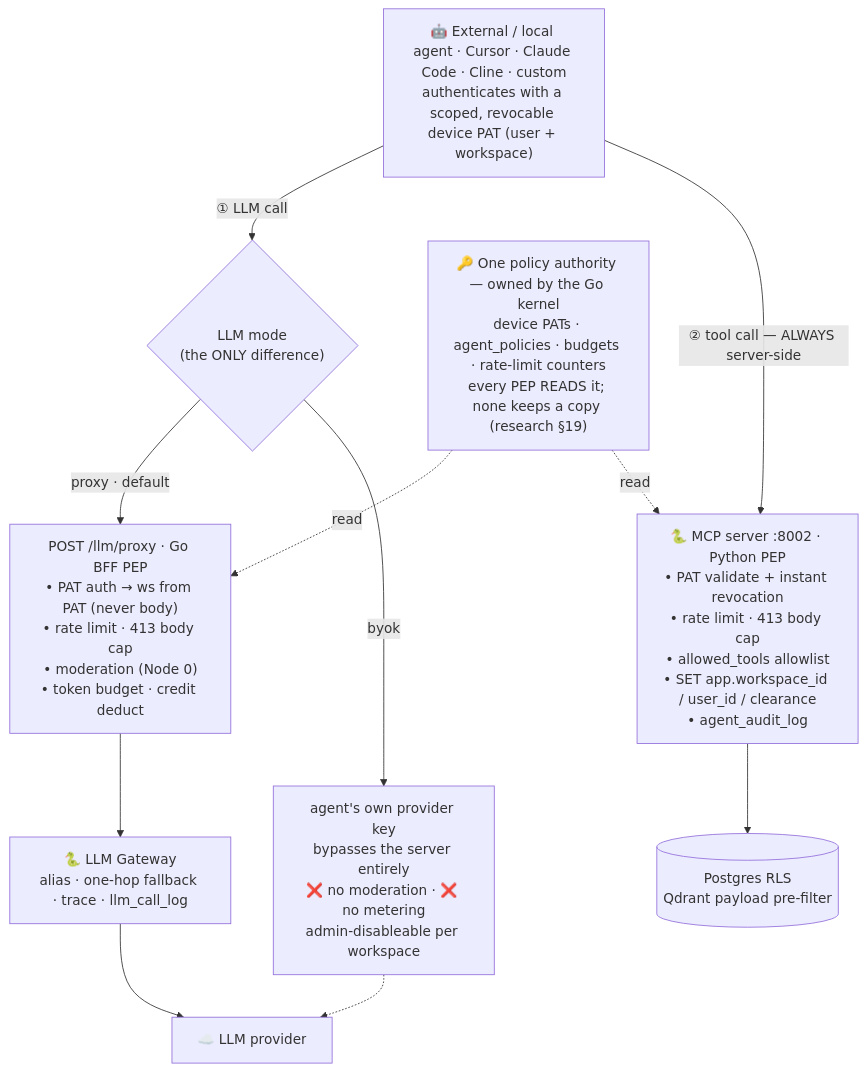
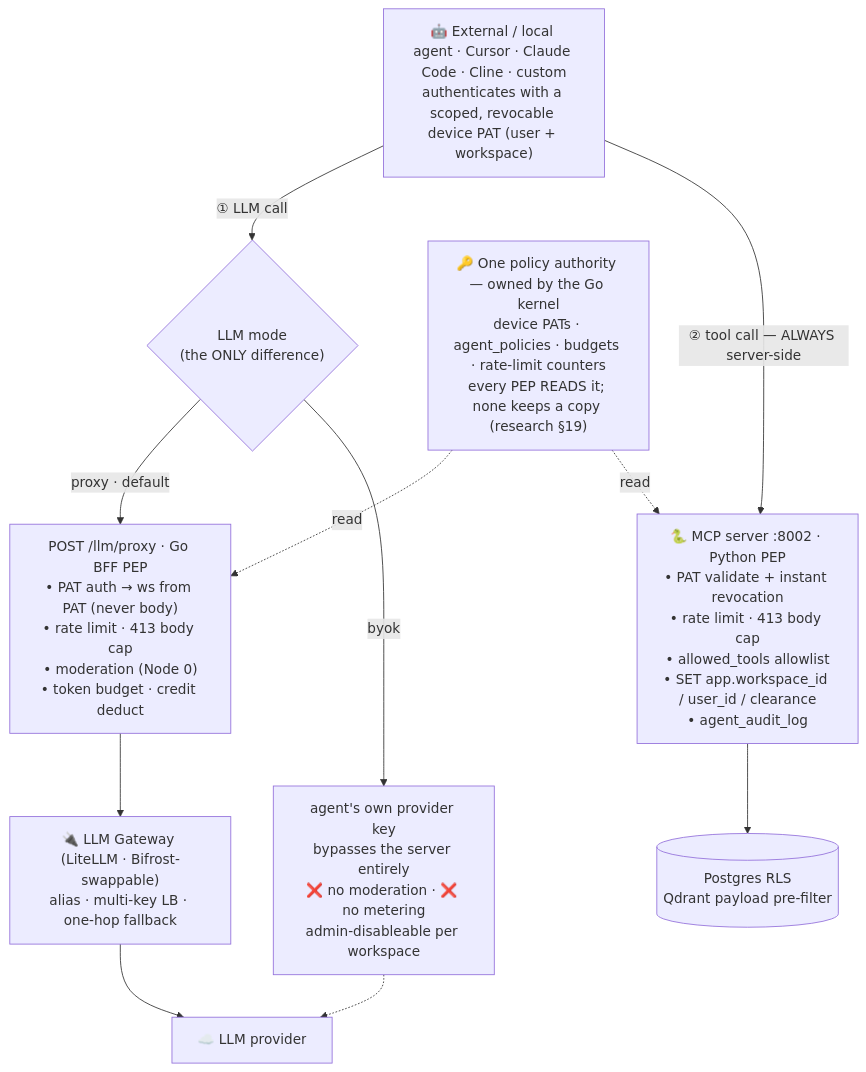
One commit to truongpx396/aisat-studio changed the third of 5 diagrams in README.md. Above: the diagram before and after it, drawn with Mermaid. The commit also changed other lines of this file and 11 other files, not shown here.

````diff
--- a/README.md
+++ b/README.md
@@ -308,19 +312,19 @@
 ```mermaid
 flowchart TB
     AGENT["🤖 External / local agent · Cursor · Claude Code · Cline · custom<br/>authenticates with a scoped, revocable device PAT (user + workspace)"]
 
     AGENT -->|"① LLM call"| MODE{"LLM mode<br/>(the ONLY difference)"}
     AGENT -->|"② tool call — ALWAYS server-side"| MCP
 
     MODE -->|"proxy · default"| PROXY["POST /llm/proxy · Go BFF PEP<br/>• PAT auth → ws from PAT (never body)<br/>• rate limit · 413 body cap<br/>• moderation (Node 0)<br/>• token budget · credit deduct"]
     MODE -->|"byok"| BYOK["agent's own provider key<br/>bypasses the server entirely<br/>❌ no moderation · ❌ no metering<br/>admin-disableable per workspace"]
 
-    PROXY --> GW["🐍 LLM Gateway<br/>alias · one-hop fallback · trace · llm_call_log"] --> PROV["☁️ LLM provider"]
+    PROXY --> GW["🔌 LLM Gateway (LiteLLM · Bifrost-swappable)<br/>alias · multi-key LB · one-hop fallback"] --> PROV["☁️ LLM provider"]
     BYOK -.-> PROV
 
     MCP["🐍 MCP server :8002 · Python PEP<br/>• PAT validate + instant revocation<br/>• rate limit · 413 body cap<br/>• allowed_tools allowlist<br/>• SET app.workspace_id / user_id / clearance<br/>• agent_audit_log"] --> DATA[("Postgres RLS<br/>Qdrant payload pre-filter")]
 
     AUTH["🔑 One policy authority — owned by the Go kernel<br/>device PATs · agent_policies · budgets · rate-limit counters<br/>every PEP READS it; none keeps a copy (research §19)"]
     AUTH -. read .-> PROXY
     AUTH -. read .-> MCP
 ```
````
